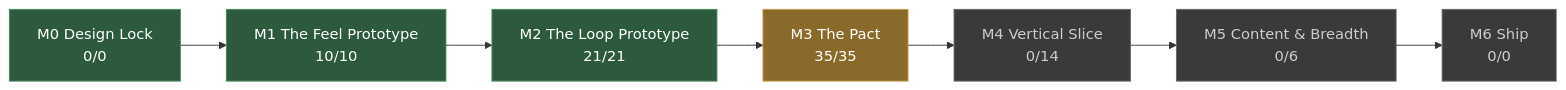
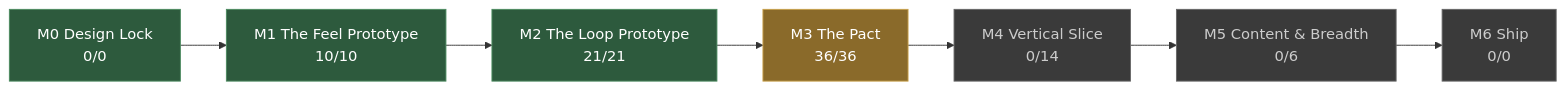
The diagram in docs/STATUS.md (JoshuaGessner/she), drawn with Mermaid before and after one commit. The commit also changed other lines of this file and 8 other files, not shown here.

````diff
--- a/docs/STATUS.md
+++ b/docs/STATUS.md
@@ -13,19 +13,19 @@
 ```mermaid
 flowchart LR
   M0["M0 Design Lock<br/>0/0"]:::passed
   M1["M1 The Feel Prototype<br/>10/10"]:::passed
   M0 --> M1
   M2["M2 The Loop Prototype<br/>21/21"]:::passed
   M1 --> M2
-  M3["M3 The Pact<br/>35/35"]:::current
+  M3["M3 The Pact<br/>36/36"]:::current
   M2 --> M3
   M4["M4 Vertical Slice<br/>0/14"]:::ahead
   M3 --> M4
   M5["M5 Content & Breadth<br/>0/6"]:::ahead
   M4 --> M5
   M6["M6 Ship<br/>0/0"]:::ahead
   M5 --> M6
   classDef passed fill:#2d5a3d,stroke:#4a8a5f,color:#fff
   classDef current fill:#8a6a2a,stroke:#c8a04a,color:#fff
   classDef ahead fill:#3a3a3a,stroke:#666,color:#ccc
 ```
````
